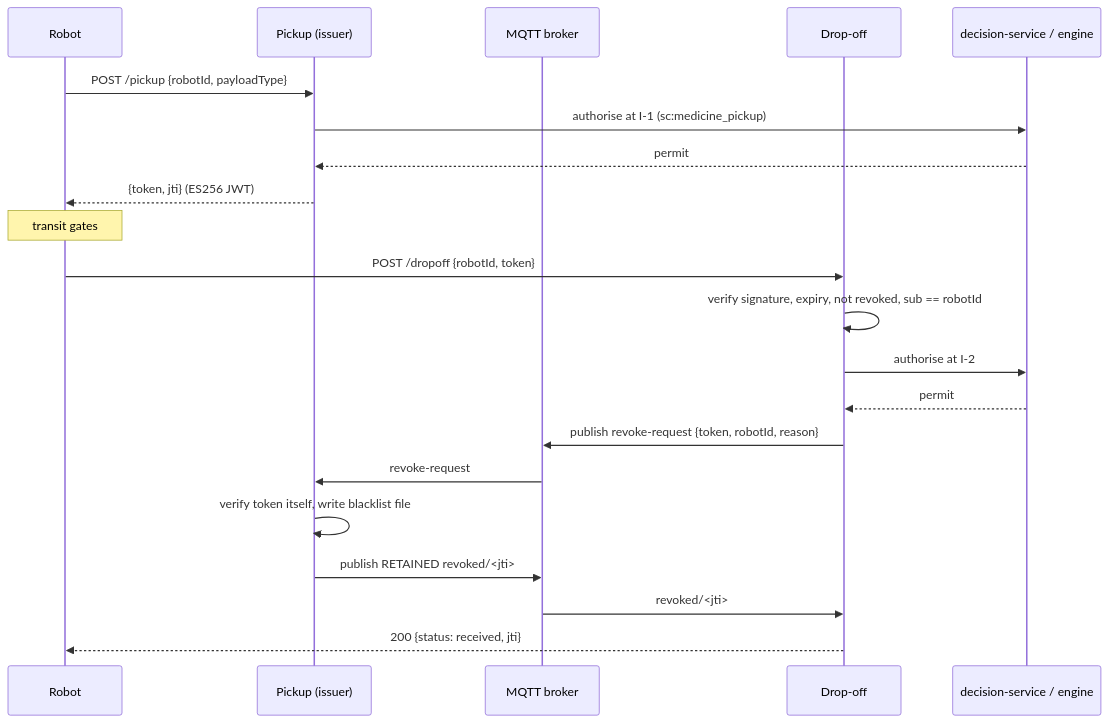
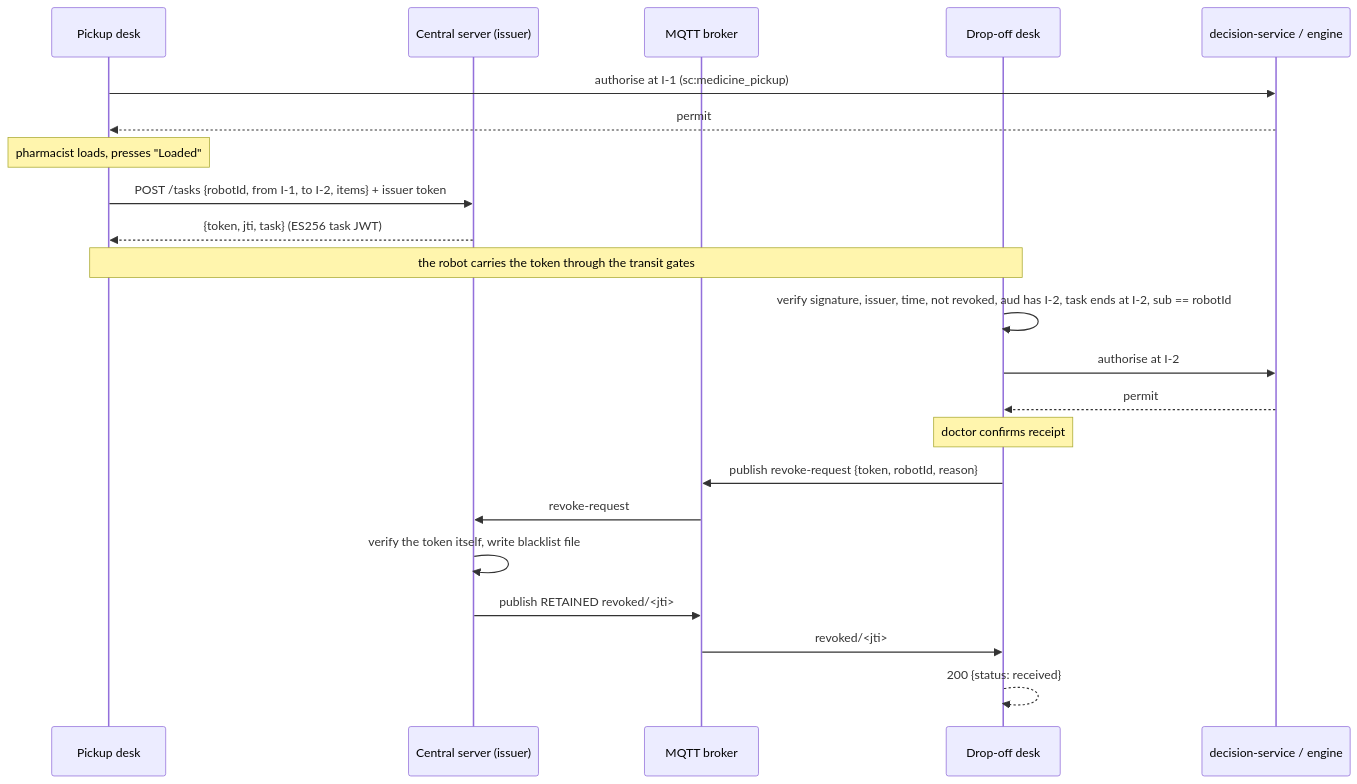
Before and after one commit to Mouazzama-dev/StormCatch-Credential: the diagram in docs/interaction-points.md, drawn with Mermaid. The commit also changed other lines of this file and 28 other files, not shown here.

Commit message:
central server issues the task token (Martin's format, engine point ids); desks ask it, drop-off revokes through it

````diff
--- a/docs/interaction-points.md
+++ b/docs/interaction-points.md
@@ -16,24 +50,25 @@
 ```mermaid
 sequenceDiagram
-    participant R as Robot
-    participant P as Pickup (issuer)
+    participant P as Pickup desk
+    participant C as Central server (issuer)
     participant B as MQTT broker
-    participant D as Drop-off
+    participant D as Drop-off desk
     participant E as decision-service / engine
 
-    R->>P: POST /pickup {robotId, payloadType}
     P->>E: authorise at I-1 (sc:medicine_pickup)
     E-->>P: permit
-    P-->>R: {token, jti}  (ES256 JWT)
-    Note over R: transit gates
-    R->>D: POST /dropoff {robotId, token}
-    D->>D: verify signature, expiry, not revoked, sub == robotId
+    Note over P: pharmacist loads, presses "Loaded"
+    P->>C: POST /tasks {robotId, from I-1, to I-2, items} + issuer token
+    C-->>P: {token, jti, task}  (ES256 task JWT)
+    Note over P,D: the robot carries the token through the transit gates
+    D->>D: verify signature, issuer, time, not revoked, aud has I-2, task ends at I-2, sub == robotId
     D->>E: authorise at I-2
     E-->>D: permit
+    Note over D: doctor confirms receipt
     D->>B: publish revoke-request {token, robotId, reason}
-    B->>P: revoke-request
-    P->>P: verify token itself, write blacklist file
-    P->>B: publish RETAINED revoked/<jti>
+    B->>C: revoke-request
+    C->>C: verify the token itself, write blacklist file
+    C->>B: publish RETAINED revoked/<jti>
     B->>D: revoked/<jti>
-    D-->>R: 200 {status: received, jti}
+    D-->>D: 200 {status: received}
 ```
````
